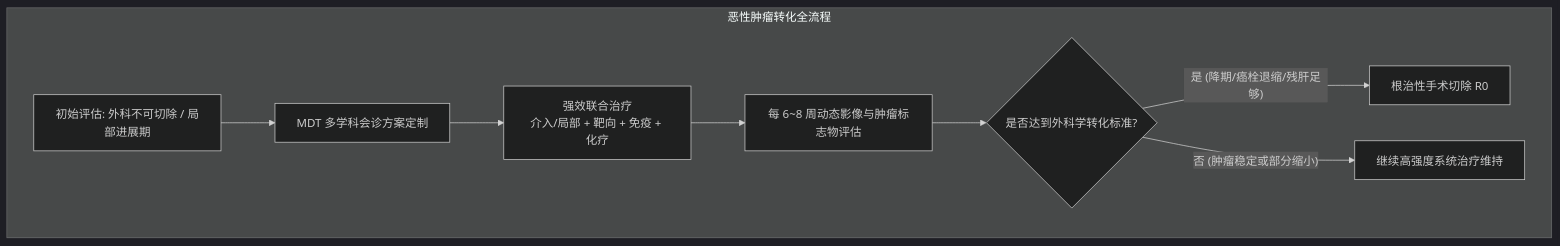
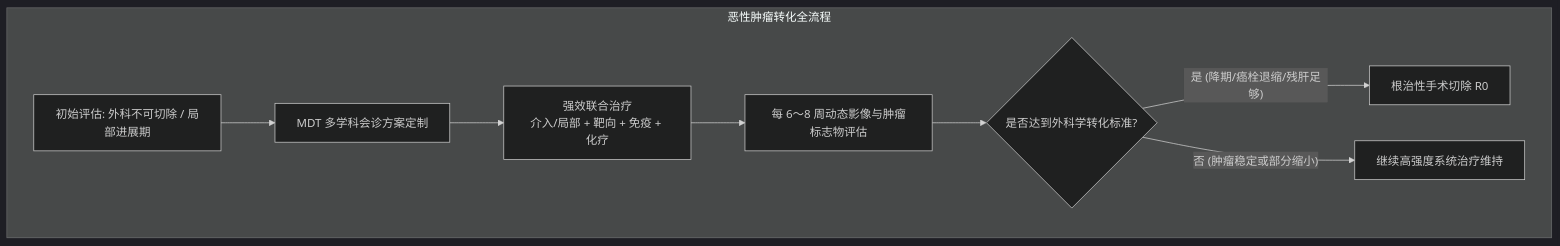
Before and after one commit to yangli216/medical-llm-wiki: the diagram in wiki/synthesis/恶性肿瘤转化治疗与MDT决策路径.md, drawn with Mermaid (dark theme). The commit also changed other lines of this file and 316 other files, not shown here.

````diff
--- a/wiki/synthesis/恶性肿瘤转化治疗与MDT决策路径.md
+++ b/wiki/synthesis/恶性肿瘤转化治疗与MDT决策路径.md
@@ -29,11 +29,11 @@
 ```mermaid
 flowchart TD
     subgraph 恶性肿瘤转化全流程
         Init[初始评估: 外科不可切除 / 局部进展期] --> MDT[MDT 多学科会诊方案定制]
         MDT --> Strong[强效联合治疗\n介入/局部 + 靶向 + 免疫 + 化疗]
-        Strong --> ReEval[每 6~8 周动态影像与肿瘤标志物评估]
+        Strong --> ReEval[每 6～8 周动态影像与肿瘤标志物评估]
         ReEval --> Decision{是否达到外科学转化标准?}
         Decision -- 是 (降期/癌栓退缩/残肝足够) --> Surgery[根治性手术切除 R0]
         Decision -- 否 (肿瘤稳定或部分缩小) --> Continue[继续高强度系统治疗维持]
     end
 ```
````
